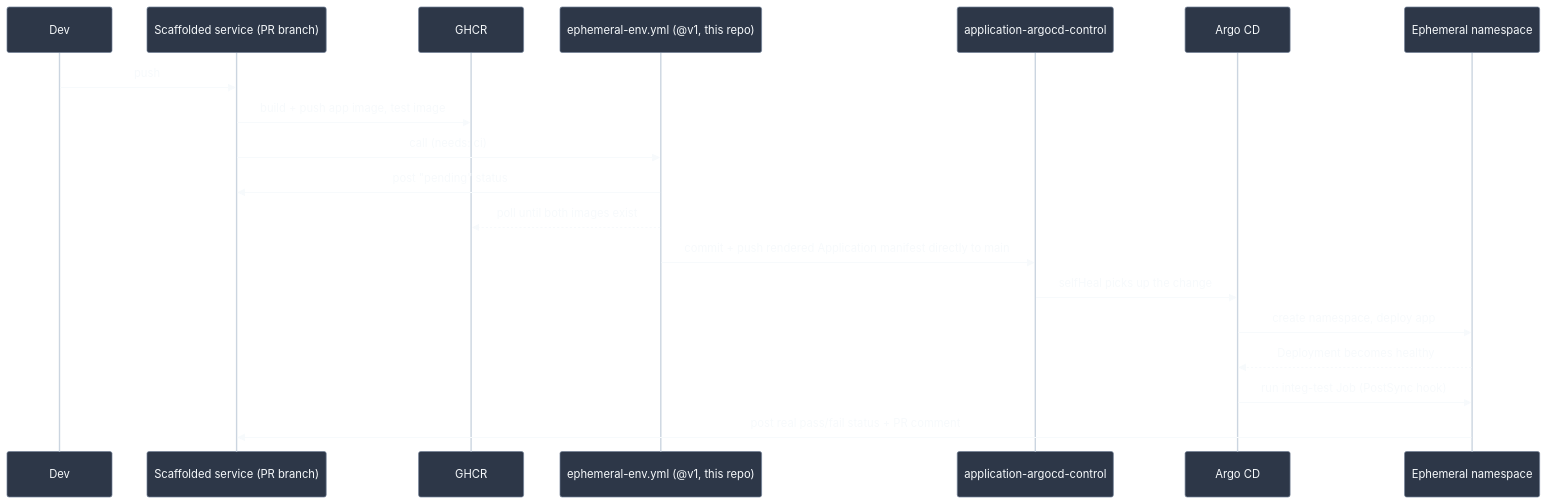
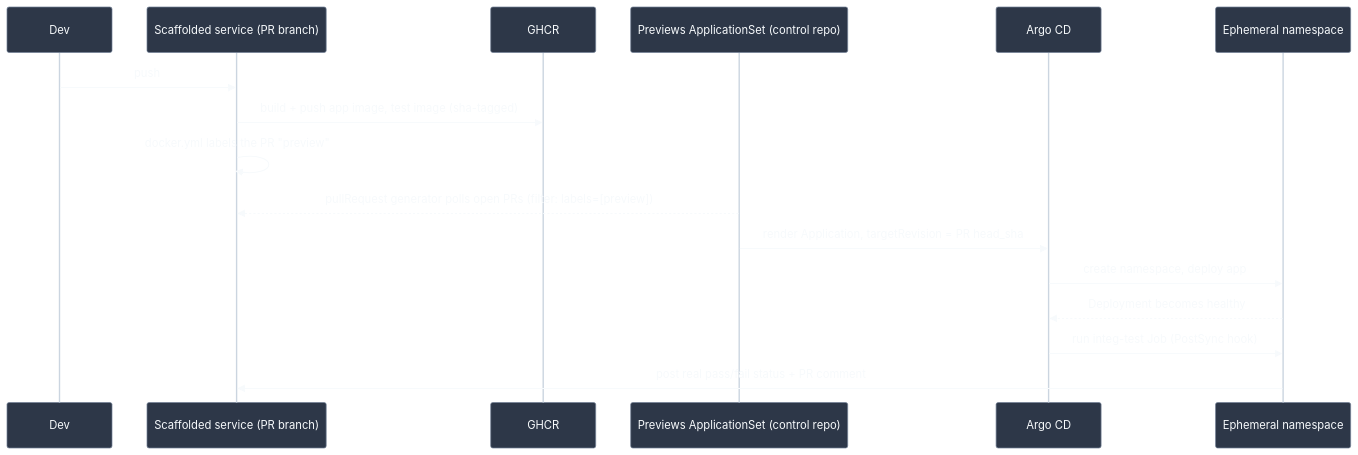
The diagram in docs/architecture.md (lukasb27/backstage-templates), drawn with Mermaid before and after one commit. The commit also changed other lines of this file and 12 other files, not shown here.

First line of the commit message:
feat: replace CI-git-push ephemeral environments with an ApplicationSet (#24)

````diff
--- a/docs/architecture.md
+++ b/docs/architecture.md
@@ -35,46 +50,43 @@
 ```mermaid
 %%{init: {
   "theme": "base",
   "themeVariables": {
     "background": "#1e1e1e",
     "primaryColor": "#2d3748",
     "primaryTextColor": "#f7fafc",
     "primaryBorderColor": "#718096",
     "lineColor": "#cbd5e0",
     "textColor": "#f7fafc",
     "actorTextColor": "#f7fafc",
     "actorLineColor": "#cbd5e0",
     "signalColor": "#f7fafc",
     "signalTextColor": "#f7fafc",
     "labelBoxBkgColor": "#2d3748",
     "labelBoxBorderColor": "#718096",
     "labelTextColor": "#f7fafc",
     "loopTextColor": "#f7fafc",
     "noteBkgColor": "#4a5568",
     "noteTextColor": "#f7fafc",
     "noteBorderColor": "#718096",
     "activationBkgColor": "#4a5568",
     "activationBorderColor": "#718096"
   }
 }}%%
 sequenceDiagram
     participant Dev
     participant Svc as Scaffolded service (PR branch)
     participant GHCR
-    participant Env as ephemeral-env.yml (@v1, this repo)
-    participant Control as application-argocd-control
+    participant AppSet as Previews ApplicationSet (control repo)
     participant Argo as Argo CD
     participant K8s as Ephemeral namespace
 
     Dev->>Svc: push
-    Svc->>GHCR: build + push app image, test image
-    Svc->>Env: call (needs: ci)
-    Env->>Svc: post "pending" status
-    Env-->>GHCR: poll until both images exist
-    Env->>Control: commit + push rendered Application manifest directly to main
-    Control->>Argo: selfHeal picks up the change
+    Svc->>GHCR: build + push app image, test image (sha-tagged)
+    Svc->>Svc: docker.yml labels the PR "preview"
+    AppSet-->>Svc: pullRequest generator polls open PRs (filter: labels=[preview])
+    AppSet->>Argo: render Application, targetRevision = PR head_sha
     Argo->>K8s: create namespace, deploy app
     K8s-->>Argo: Deployment becomes healthy
     Argo->>K8s: run integ-test Job (PostSync hook)
     K8s->>Svc: post real pass/fail status + PR comment
 ```
````
